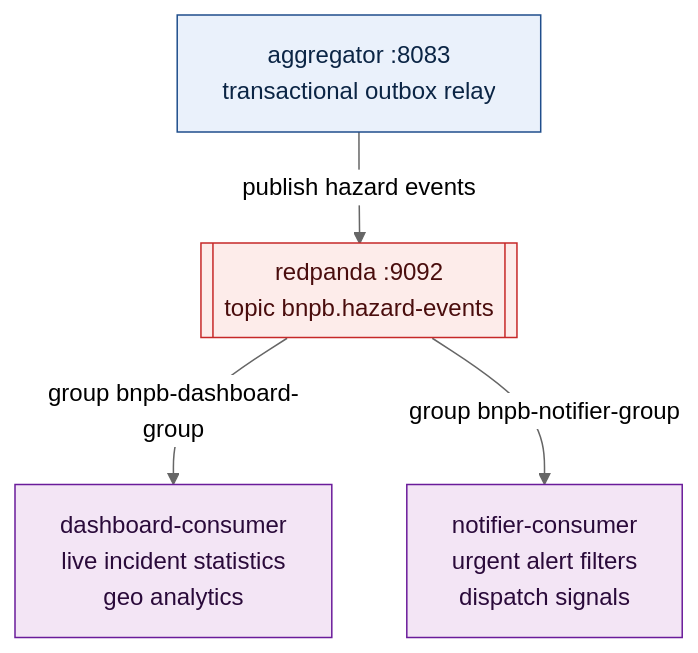
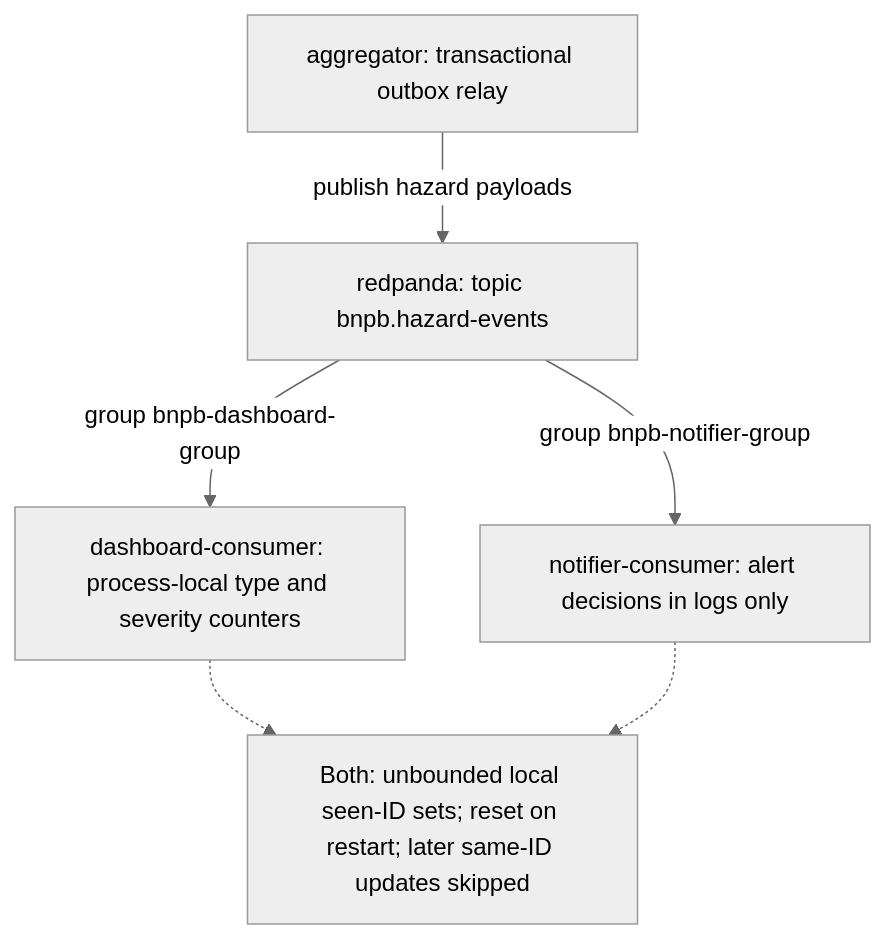
Before and after one commit to Darsua/AAT: the diagram in docs/diagrams/consumers-fanout.mmd, drawn with Mermaid (neutral theme). The commit also changed 35 other files, not shown here.

```diff
--- a/docs/diagrams/consumers-fanout.mmd
+++ b/docs/diagrams/consumers-fanout.mmd
@@ -1,17 +1,12 @@
 flowchart TD
-    AGG["aggregator :8083<br/>transactional outbox relay"]:::svc
-    RP[["redpanda :9092<br/>topic bnpb.hazard-events"]]:::broker
-    DASH["dashboard-consumer<br/>live incident statistics<br/>geo analytics"]:::cons
-    NOTI["notifier-consumer<br/>urgent alert filters<br/>dispatch signals"]:::cons
+    AGG["aggregator: transactional outbox relay"]
+    RP["redpanda: topic bnpb.hazard-events"]
+    DASH["dashboard-consumer: process-local type and severity counters"]
+    NOTI["notifier-consumer: alert decisions in logs only"]
+    LIMIT["Both: unbounded local seen-ID sets; reset on restart; later same-ID updates skipped"]
 
-    AGG -->|"publish hazard events"| RP
+    AGG -->|"publish hazard payloads"| RP
     RP -->|"group bnpb-dashboard-group"| DASH
     RP -->|"group bnpb-notifier-group"| NOTI
-
-    classDef svc fill:#eaf1fb,stroke:#1f4e8c,color:#0b2545
-    classDef store fill:#e8f5e9,stroke:#2e7d32,color:#10300f
-    classDef broker fill:#fdecea,stroke:#c62828,color:#4a0d0d
-    classDef ext fill:#fff3e0,stroke:#ef6c00,color:#4a2600
-    classDef cons fill:#f3e5f5,stroke:#6a1b9a,color:#2a0a3a
-    classDef actor fill:#ffffff,stroke:#616161,color:#212121
-    classDef plan fill:#f5f5f5,stroke:#9e9e9e,stroke-dasharray:4 3,color:#424242
+    DASH -.-> LIMIT
+    NOTI -.-> LIMIT
```
